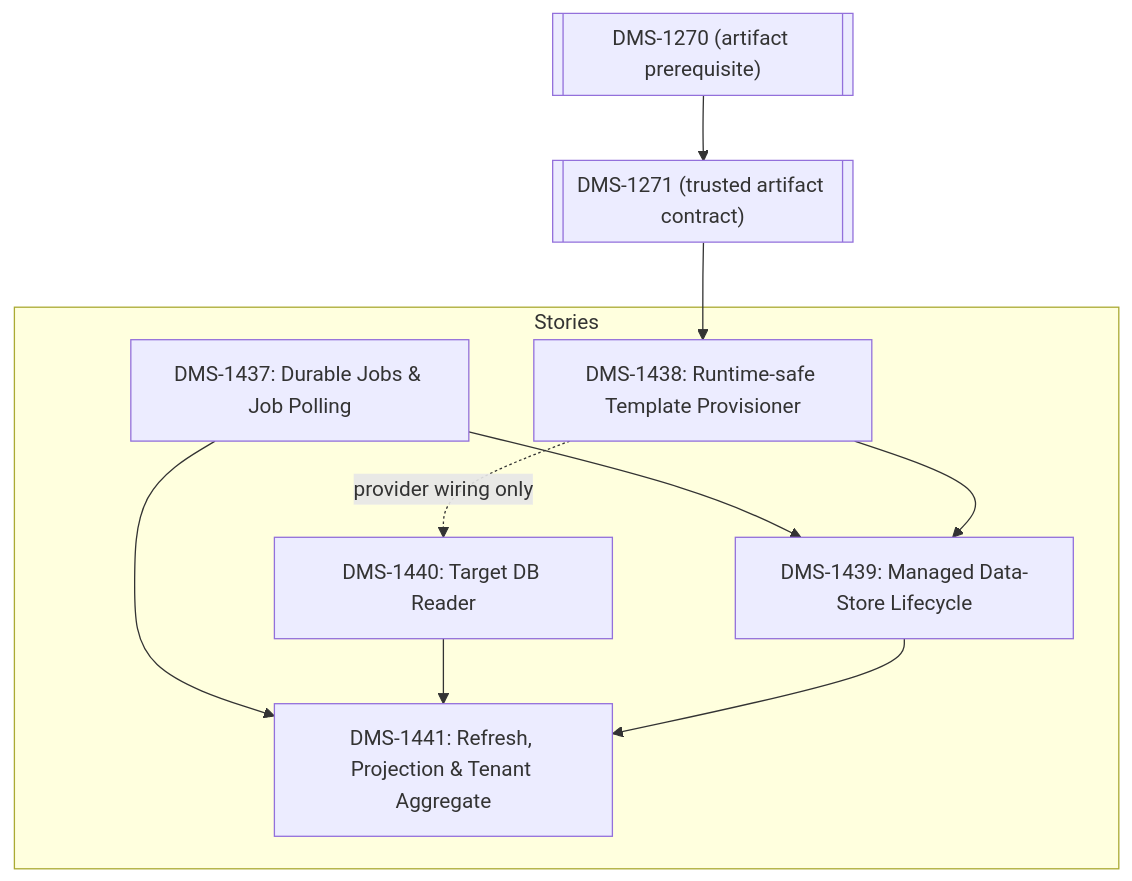
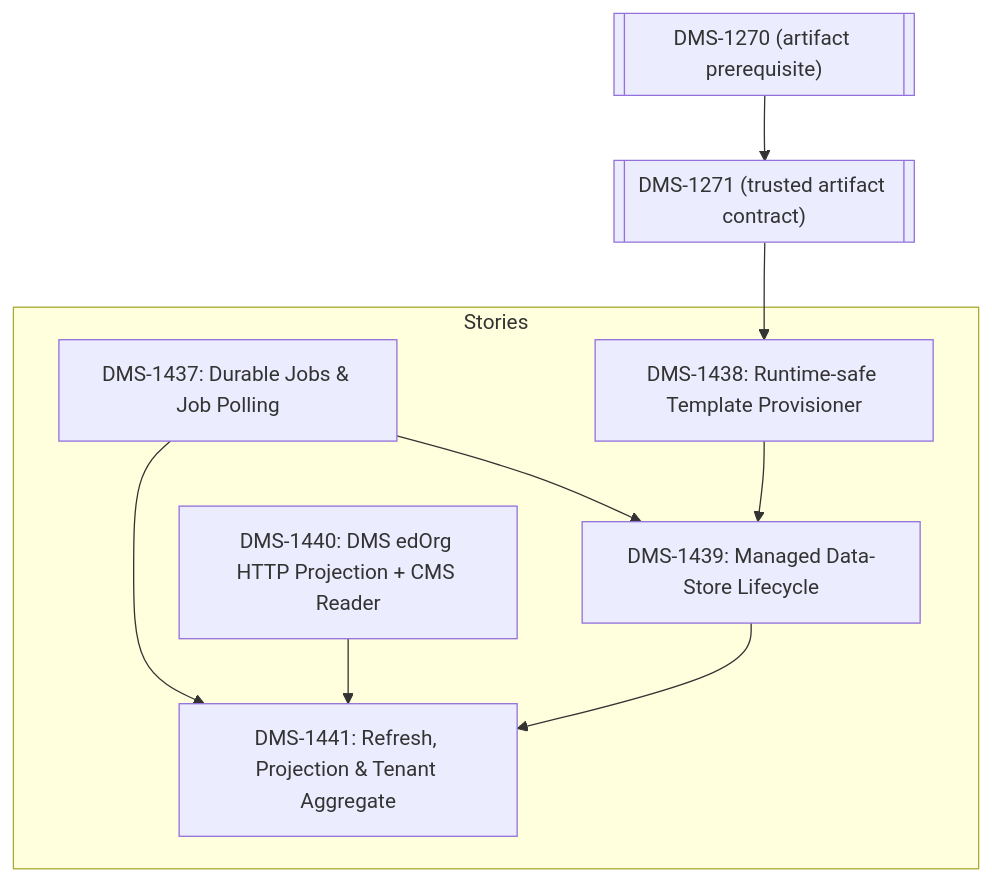
Before and after one commit to Ed-Fi-Alliance-OSS/Data-Management-Service: the diagram in reference/spikes/DMS-1334/data-store-lifecycle-findings.md, drawn with Mermaid. The commit also changed other lines of this file and 6 other files, not shown here.

````diff
--- a/reference/spikes/DMS-1334/data-store-lifecycle-findings.md
+++ b/reference/spikes/DMS-1334/data-store-lifecycle-findings.md
@@ -272,24 +271,23 @@
 ```mermaid
 graph TD
  subgraph Stories
   DMS-1437["DMS-1437: Durable Jobs & Job Polling"]
   DMS-1438["DMS-1438: Runtime-safe Template Provisioner"]
   DMS-1439["DMS-1439: Managed Data-Store Lifecycle"]
-  DMS-1440["DMS-1440: Target DB Reader"]
+  DMS-1440["DMS-1440: DMS edOrg HTTP Projection + CMS Reader"]
   DMS-1441["DMS-1441: Refresh, Projection & Tenant Aggregate"]
  end
 
  %% Dependencies
  DMS-1437 --> DMS-1439
  DMS-1438 --> DMS-1439
- DMS-1438 -.->|provider wiring only| DMS-1440
  DMS-1437 --> DMS-1441
  DMS-1440 --> DMS-1441
  DMS-1439 --> DMS-1441
 
  %% Blockers
  DMDMS-1437270[["DMS-1270 (artifact prerequisite)"]]
  DMDMS-1437271[["DMS-1271 (trusted artifact contract)"]]
  DMDMS-1437270 --> DMDMS-1437271
  DMDMS-1437271 --> DMS-1438
 ```
````
